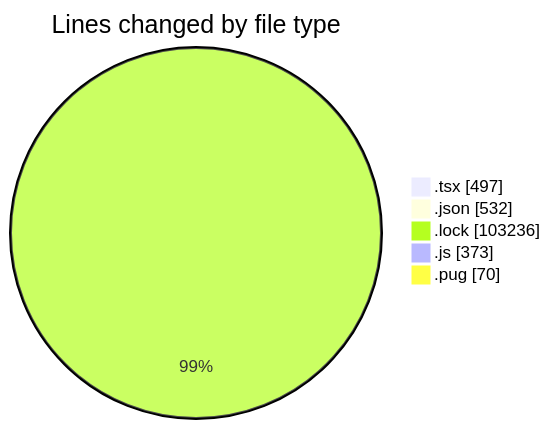
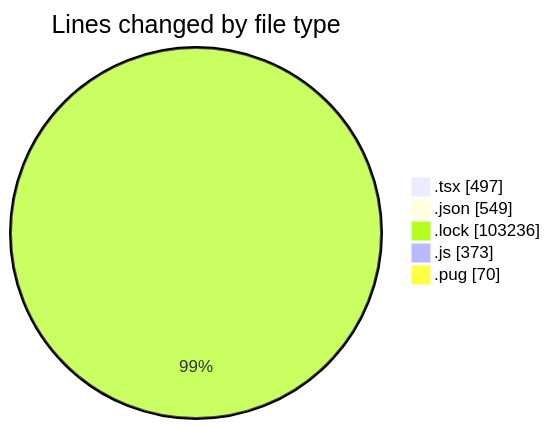
One commit to momahboobian/code-tracking changed the first of 2 diagrams in 2025-03-10/cda/README.md. Above: the diagram before and after it, drawn with Mermaid. The commit also changed other lines of this file and 1 other file, not shown here.

````diff
--- a/2025-03-10/cda/README.md
+++ b/2025-03-10/cda/README.md
@@ -44,9 +45,9 @@
 ```mermaid
 pie showData
 title Lines changed by file type
 ".tsx" : 497
-".json" : 532
+".json" : 549
 ".lock" : 103236
 ".js" : 373
 ".pug" : 70
 ```
````
